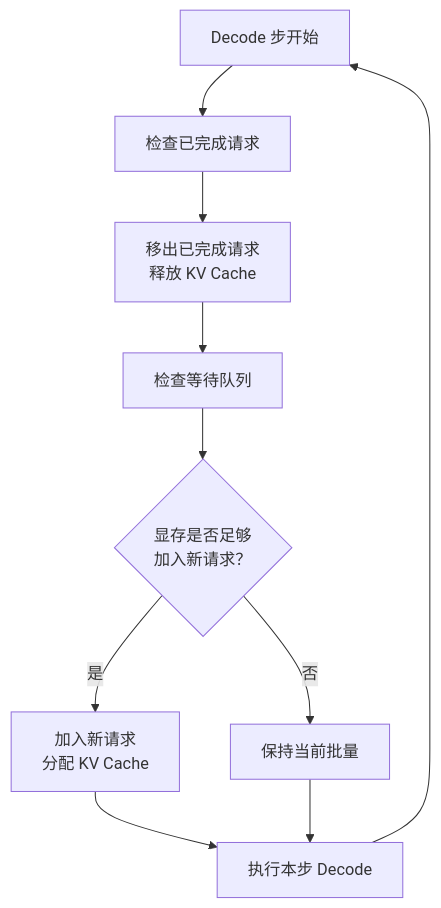
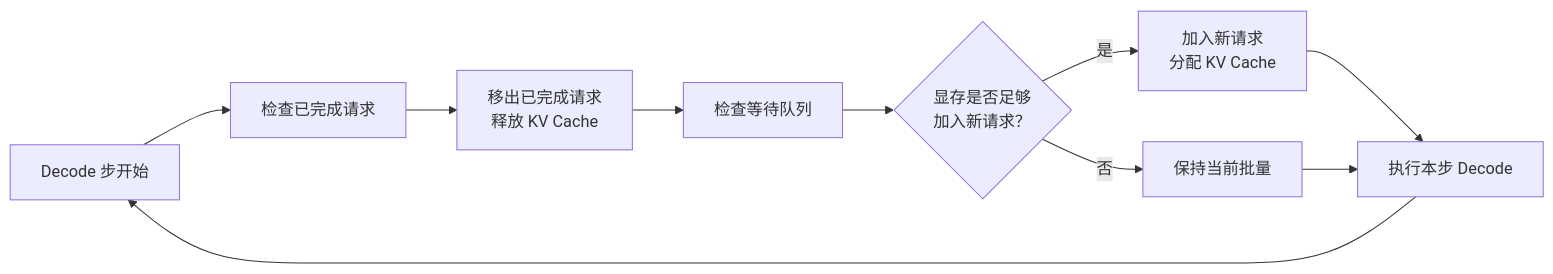
Before and after one commit to fenixsoft/dmla: the diagram in docs/ai-infra-engineering/model-serving/request-scheduling.md, drawn with Mermaid. The commit also changed other lines of this file and 33 other files, not shown here.

First line of the commit message:
docs: 润色请求调度与概率基础文档，统一全文档用词风格，压缩图片体积

````diff
--- a/docs/ai-infra-engineering/model-serving/request-scheduling.md
+++ b/docs/ai-infra-engineering/model-serving/request-scheduling.md
@@ -103,12 +43,12 @@
 ```mermaid compact
-graph TD
+graph LR
     S["Decode 步开始"] --> C["检查已完成请求"]
     C --> R["移出已完成请求<br>释放 KV Cache"]
     R --> A["检查等待队列"]
     A --> E{"显存是否足够<br>加入新请求？"}
     E -->|"是"| F["加入新请求<br>分配 KV Cache"]
     E -->|"否"| G["保持当前批量"]
     F --> D["执行本步 Decode"]
     G --> D
     D --> S
 ```
````
